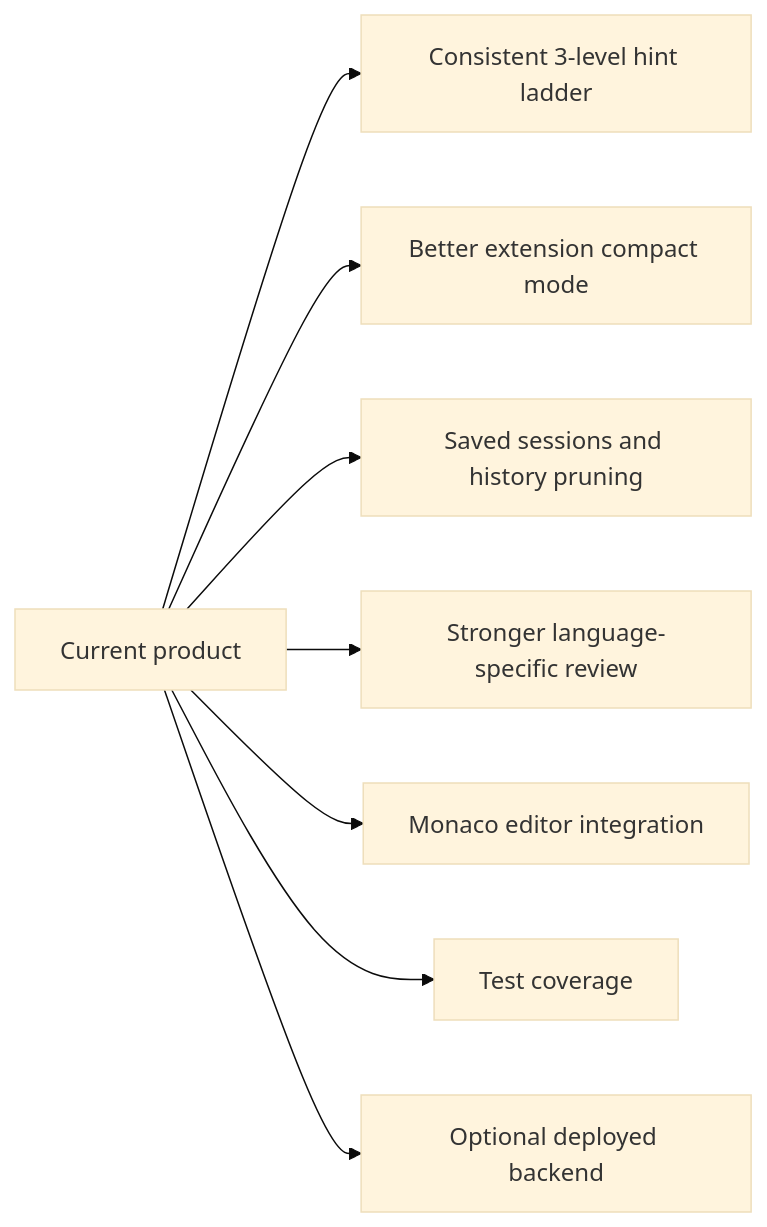
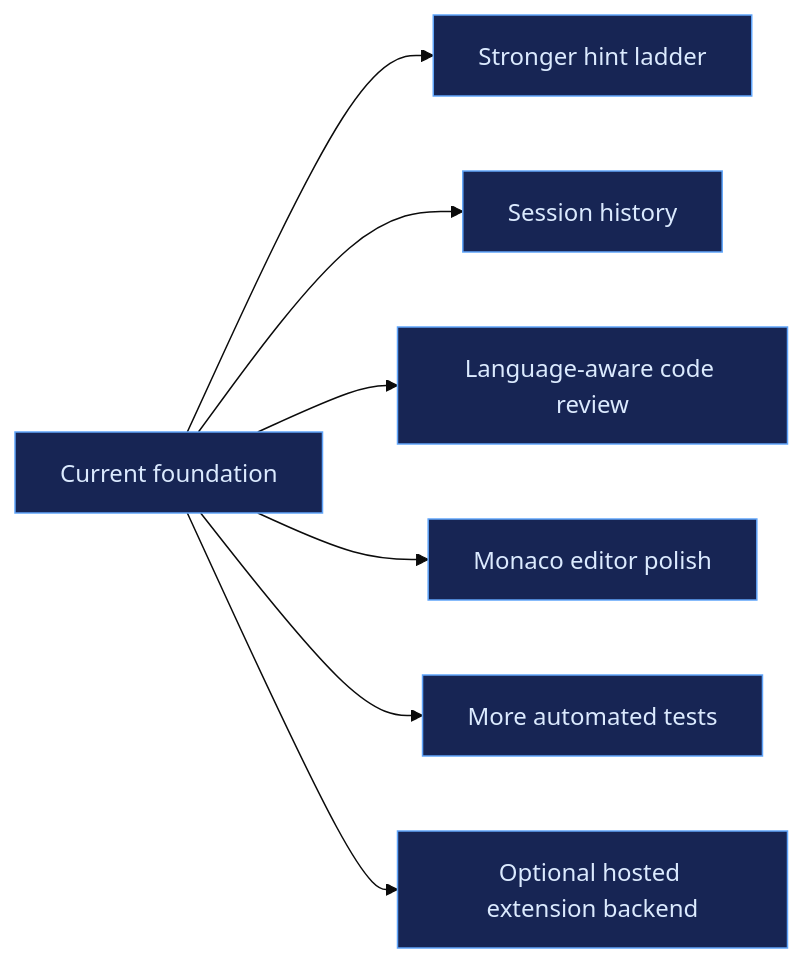
One commit to Harshpreet1729/LeetMentor changed the eighth of 8 diagrams in README.md. Above: the diagram before and after it, drawn with Mermaid (base theme). The commit also changed other lines of this file, not shown here.

Commit message:
Redesign README with architecture diagrams

````diff
--- a/README.md
+++ b/README.md
@@ -320,10 +378,12 @@
 ```mermaid
 flowchart LR
-    A["Current product"] --> B["Consistent 3-level hint ladder"]
-    A --> C["Better extension compact mode"]
-    A --> D["Saved sessions and history pruning"]
-    A --> E["Stronger language-specific review"]
-    A --> F["Monaco editor integration"]
-    A --> G["Test coverage"]
-    A --> H["Optional deployed backend"]
+    A["Current foundation"] --> B["Stronger hint ladder"]
+    A --> C["Session history"]
+    A --> D["Language-aware code review"]
+    A --> E["Monaco editor polish"]
+    A --> F["More automated tests"]
+    A --> G["Optional hosted extension backend"]
+
+    classDef future fill:#172554,stroke:#60a5fa,color:#dbeafe;
+    class A,B,C,D,E,F,G future;
 ```
````
